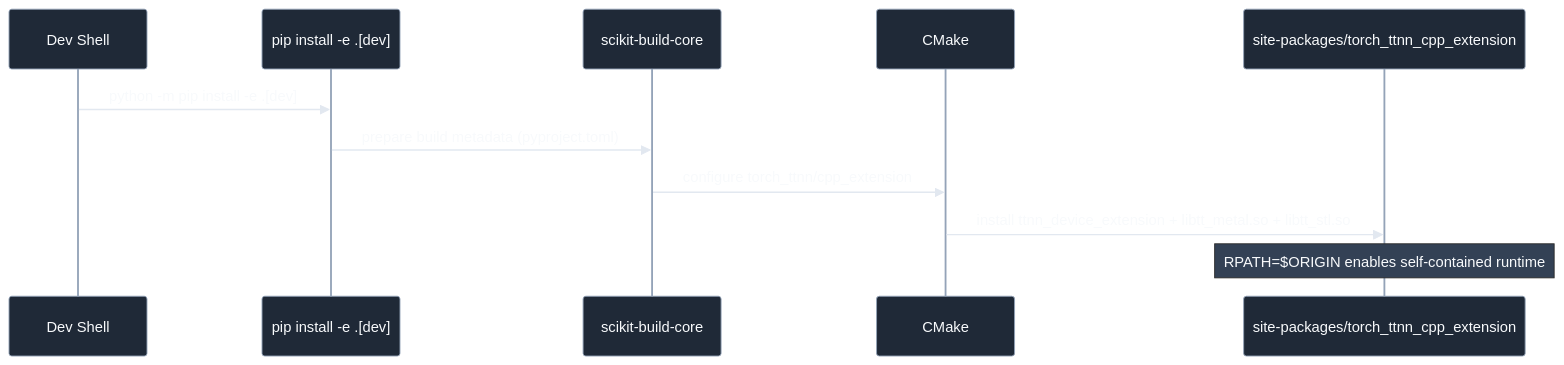
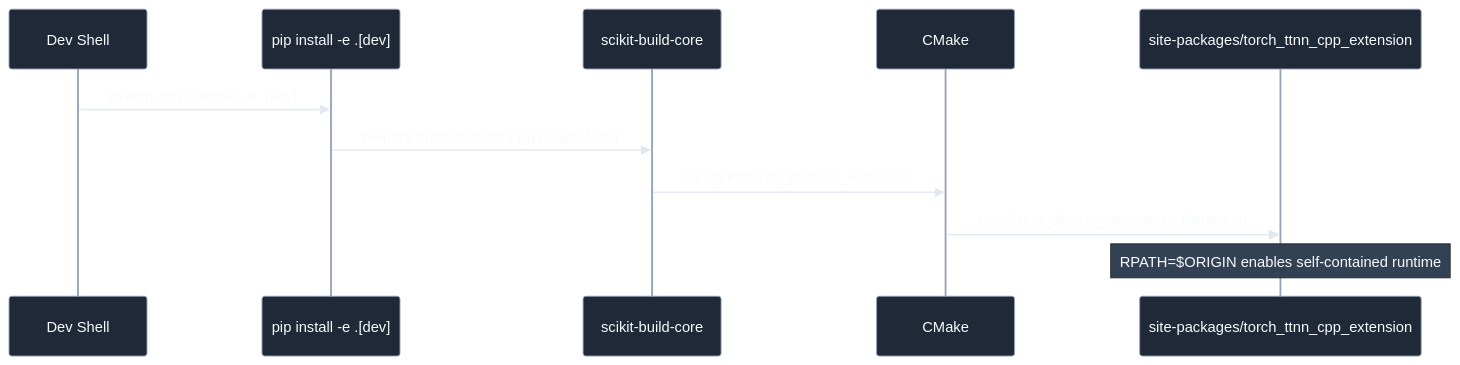
Before and after one commit to tenstorrent/pytorch2.0_ttnn: the fifth of 5 diagrams in docs/BuildFlow.md, drawn with Mermaid. The commit also changed other lines of this file and 3 other files, not shown here.

````diff
--- a/docs/BuildFlow.md
+++ b/docs/BuildFlow.md
@@ -160,15 +160,15 @@
 ```mermaid
 %%{init: {'theme':'base','themeVariables':{'background':'#0f172a','primaryColor':'#1f2937','primaryTextColor':'#f8fafc','primaryBorderColor':'#94a3b8','lineColor':'#e2e8f0','actorTextColor':'#f8fafc','actorBorder':'#94a3b8','noteBkgColor':'#334155','noteTextColor':'#f8fafc','signalColor':'#e2e8f0','signalTextColor':'#f8fafc','loopTextColor':'#f8fafc','sequenceNumberColor':'#fbbf24','fontSize':'15px','fontFamily':'Inter, Arial, sans-serif'}}}%%
 sequenceDiagram
     participant Dev Shell
     participant pipInstall as pip install -e .[dev]
     participant Skbuild as scikit-build-core
     participant CMake as CMake
     participant RuntimePkg as site-packages/torch_ttnn_cpp_extension
 
     Dev Shell->>pipInstall: python -m pip install -e .[dev]
     pipInstall->>Skbuild: prepare build metadata (pyproject.toml)
     Skbuild->>CMake: configure torch_ttnn/cpp_extension
-    CMake->>RuntimePkg: install ttnn_device_extension + libtt_metal.so + libtt_stl.so
+    CMake->>RuntimePkg: install ttnn_device_extension + libtracy.so
     Note over RuntimePkg: RPATH=$ORIGIN enables self-contained runtime
 ```
````
